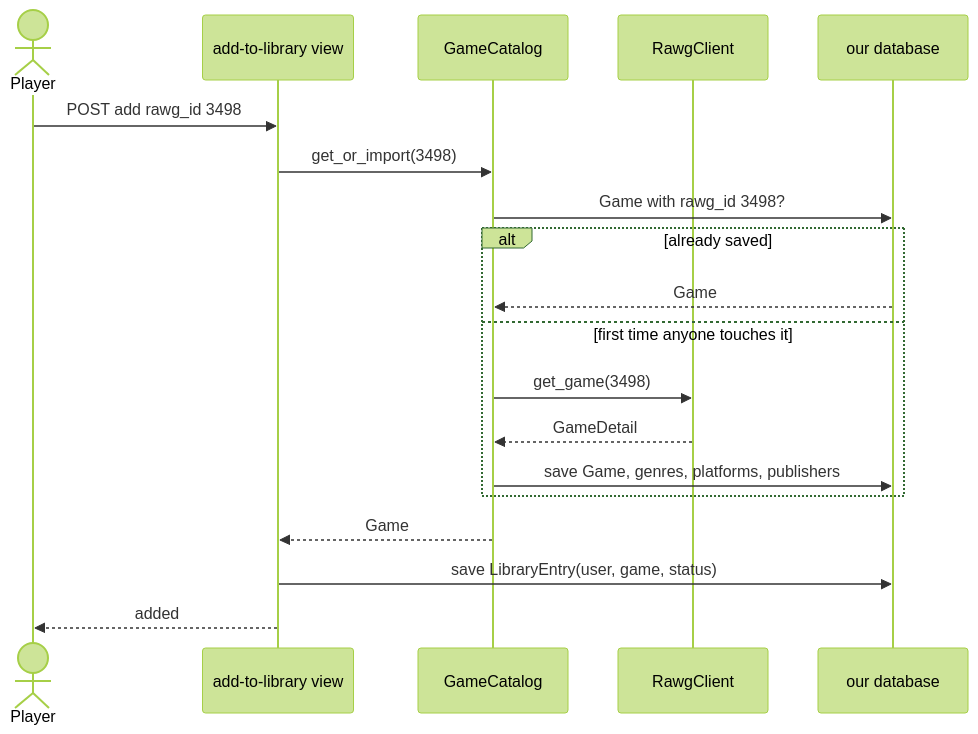
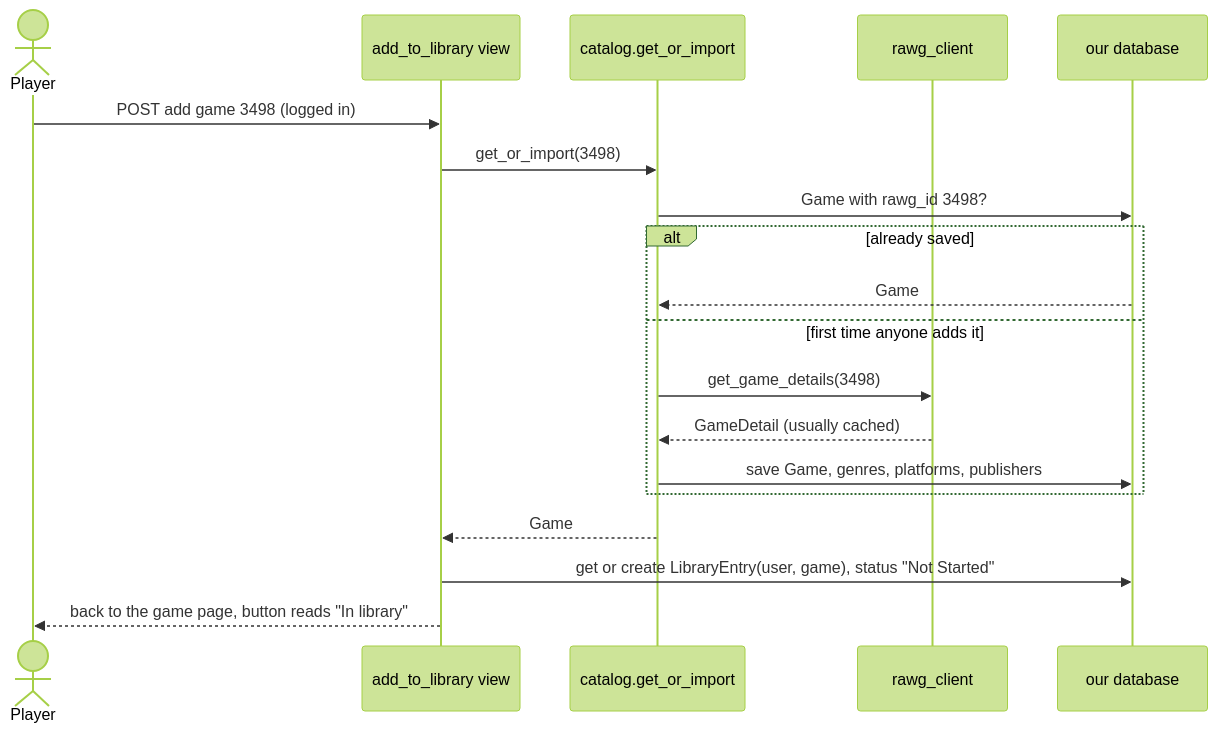
One commit to CS4300-CS5300-FA26/team-5 changed the fourth of 4 diagrams in docs/design/game-catalog.md. Above: the diagram before and after it, drawn with Mermaid (forest theme). The commit also changed other lines of this file and 1 other file, not shown here.

First line of the commit message:
Refocus the game catalog design on Sprint 2

````diff
--- a/docs/design/game-catalog.md
+++ b/docs/design/game-catalog.md
@@ -198,21 +204,21 @@
 ```mermaid
 sequenceDiagram
   actor P as Player
-  participant V as add-to-library view
-  participant G as GameCatalog
-  participant C as RawgClient
+  participant V as add_to_library view
+  participant G as catalog.get_or_import
+  participant C as rawg_client
   participant D as our database
-  P->>V: POST add rawg_id 3498
+  P->>V: POST add game 3498 (logged in)
   V->>G: get_or_import(3498)
   G->>D: Game with rawg_id 3498?
   alt already saved
     D-->>G: Game
-  else first time anyone touches it
-    G->>C: get_game(3498)
-    C-->>G: GameDetail
+  else first time anyone adds it
+    G->>C: get_game_details(3498)
+    C-->>G: GameDetail (usually cached)
     G->>D: save Game, genres, platforms, publishers
   end
   G-->>V: Game
-  V->>D: save LibraryEntry(user, game, status)
-  V-->>P: added
+  V->>D: get or create LibraryEntry(user, game), status "Not Started"
+  V-->>P: back to the game page, button reads "In library"
 ```
````
